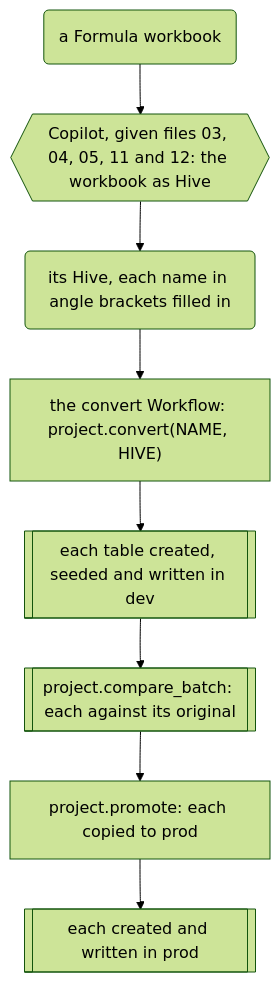
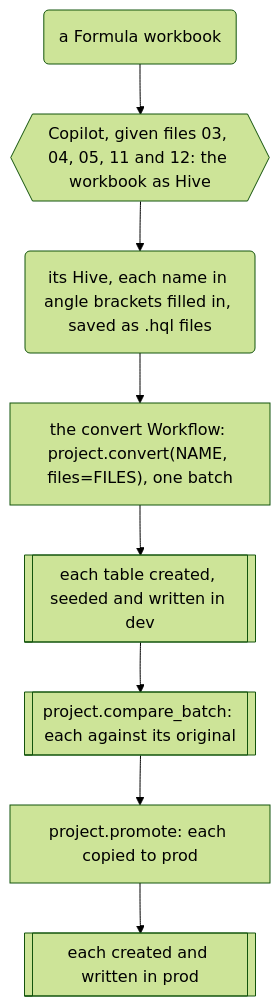
One commit to EdgyPage/SQL-Composer changed the eighth of 8 diagrams in docs/clean-branch-readme.md. Above: the diagram before and after it, drawn with Mermaid (forest theme). The commit also changed other lines of this file and 24 other files, not shown here.

````diff
--- a/docs/clean-branch-readme.md
+++ b/docs/clean-branch-readme.md
@@ -828,12 +829,12 @@
 ```mermaid
 flowchart TD
     workbook("a Formula workbook")
     copilot{{"Copilot, given files 03, 04, 05, 11 and 12: the workbook as Hive"}}
-    scripts("its Hive, each name in angle brackets filled in")
-    convert["the convert Workflow: project.convert(NAME, HIVE)"]
+    scripts("its Hive, each name in angle brackets filled in, saved as .hql files")
+    convert["the convert Workflow: project.convert(NAME, files=FILES), one batch"]
     dev[["each table created, seeded and written in dev"]]
     compare[["project.compare_batch: each against its original"]]
     promote["project.promote: each copied to prod"]
     prod[["each created and written in prod"]]
     workbook --> copilot --> scripts --> convert --> dev --> compare --> promote --> prod
 ```
````
